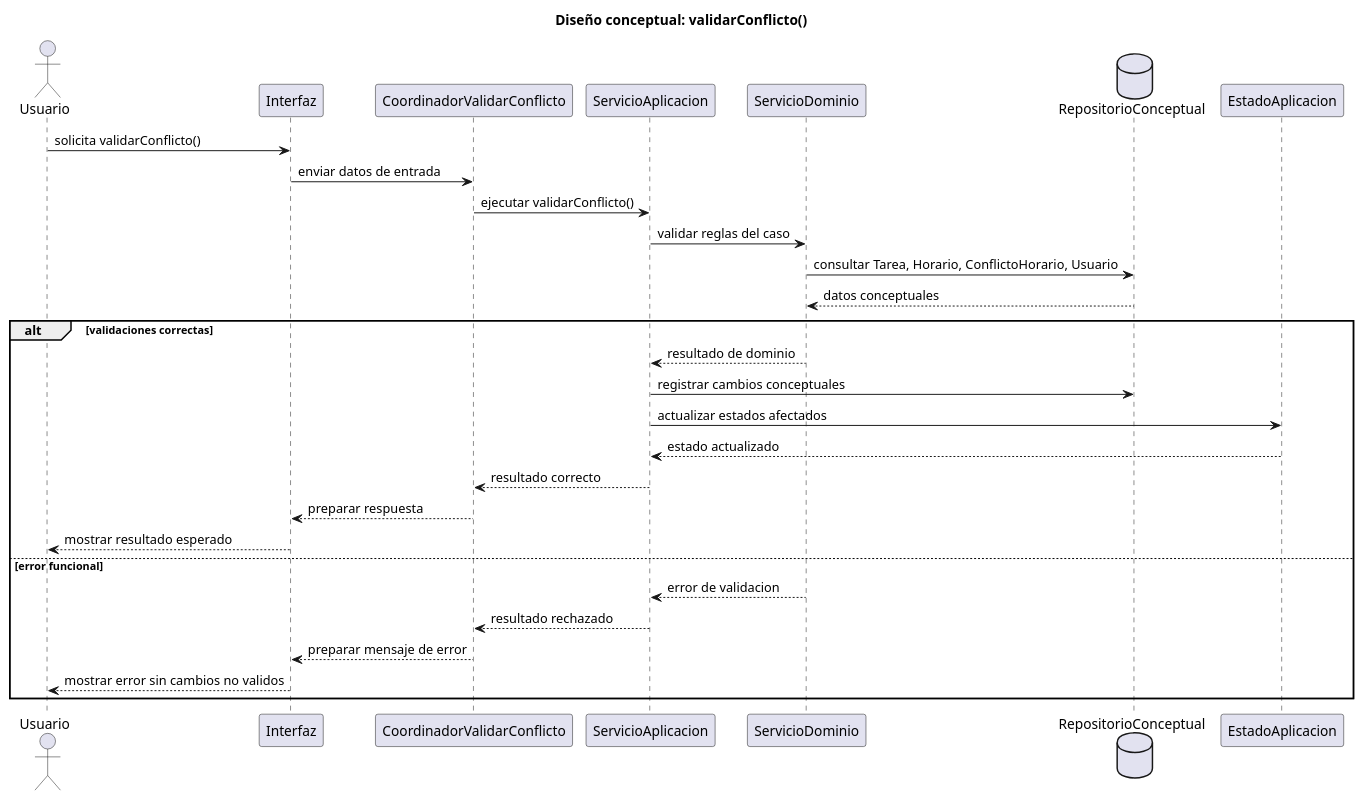
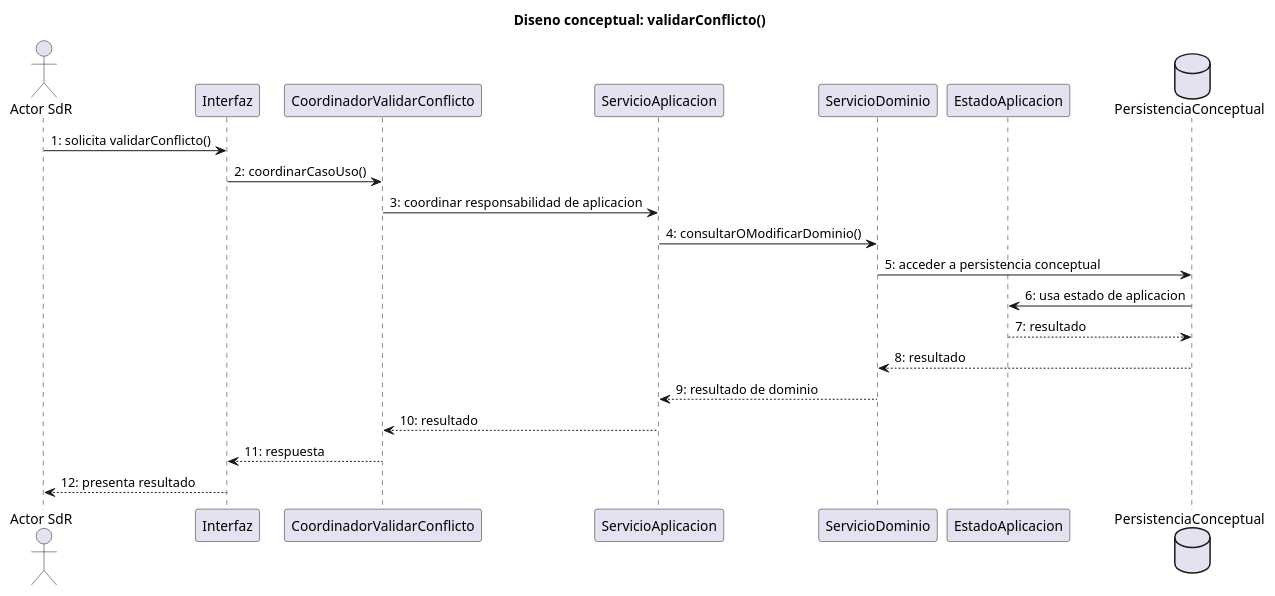
One commit to inigovaqueroo04/25-26-idsw2-sdVC changed the diagram in documents/RUP/02-diseño/casos-uso/gestion-tareas/validarConflicto/README.md. Above: the diagram before and after it, drawn with PlantUML. The commit also changed other lines of this file and 24 other files, not shown here.

Commit message:
docs: validar trazabilidad integral de diseno

````diff
--- a/documents/RUP/02-diseño/casos-uso/gestion-tareas/validarConflicto/README.md
+++ b/documents/RUP/02-diseño/casos-uso/gestion-tareas/validarConflicto/README.md
@@ -85,36 +85,27 @@
 ```plantuml
 @startuml validarConflicto-diseno-secuencia
-title Diseño conceptual: validarConflicto()
+title Diseno conceptual: validarConflicto()
 
-actor "Usuario" as Usuario
+actor "Actor SdR" as Actor
 participant "Interfaz" as Interfaz
 participant "CoordinadorValidarConflicto" as Coordinador
 participant "ServicioAplicacion" as ServicioAplicacion
 participant "ServicioDominio" as ServicioDominio
-database "RepositorioConceptual" as Repositorio
 participant "EstadoAplicacion" as EstadoAplicacion
+database "PersistenciaConceptual" as Persistencia
 
-Usuario -> Interfaz : solicita validarConflicto()
-Interfaz -> Coordinador : enviar datos de entrada
-Coordinador -> ServicioAplicacion : ejecutar validarConflicto()
-ServicioAplicacion -> ServicioDominio : validar reglas del caso
-ServicioDominio -> Repositorio : consultar Tarea, Horario, ConflictoHorario, Usuario
-Repositorio --> ServicioDominio : datos conceptuales
-
-alt validaciones correctas
-  ServicioDominio --> ServicioAplicacion : resultado de dominio
-  ServicioAplicacion -> Repositorio : registrar cambios conceptuales
-  ServicioAplicacion -> EstadoAplicacion : actualizar estados afectados
-  EstadoAplicacion --> ServicioAplicacion : estado actualizado
-  ServicioAplicacion --> Coordinador : resultado correcto
-  Coordinador --> Interfaz : preparar respuesta
-  Interfaz --> Usuario : mostrar resultado esperado
-else error funcional
-  ServicioDominio --> ServicioAplicacion : error de validacion
-  ServicioAplicacion --> Coordinador : resultado rechazado
-  Coordinador --> Interfaz : preparar mensaje de error
-  Interfaz --> Usuario : mostrar error sin cambios no validos
-end
+Actor -> Interfaz : 1: solicita validarConflicto()
+Interfaz -> Coordinador : 2: coordinarCasoUso()
+Coordinador -> ServicioAplicacion : 3: coordinar responsabilidad de aplicacion
+ServicioAplicacion -> ServicioDominio : 4: consultarOModificarDominio()
+ServicioDominio -> Persistencia : 5: acceder a persistencia conceptual
+Persistencia -> EstadoAplicacion : 6: usa estado de aplicacion
+EstadoAplicacion --> Persistencia : 7: resultado
+Persistencia --> ServicioDominio : 8: resultado
+ServicioDominio --> ServicioAplicacion : 9: resultado de dominio
+ServicioAplicacion --> Coordinador : 10: resultado
+Coordinador --> Interfaz : 11: respuesta
+Interfaz --> Actor : 12: presenta resultado
 
 @enduml
 ```
````
